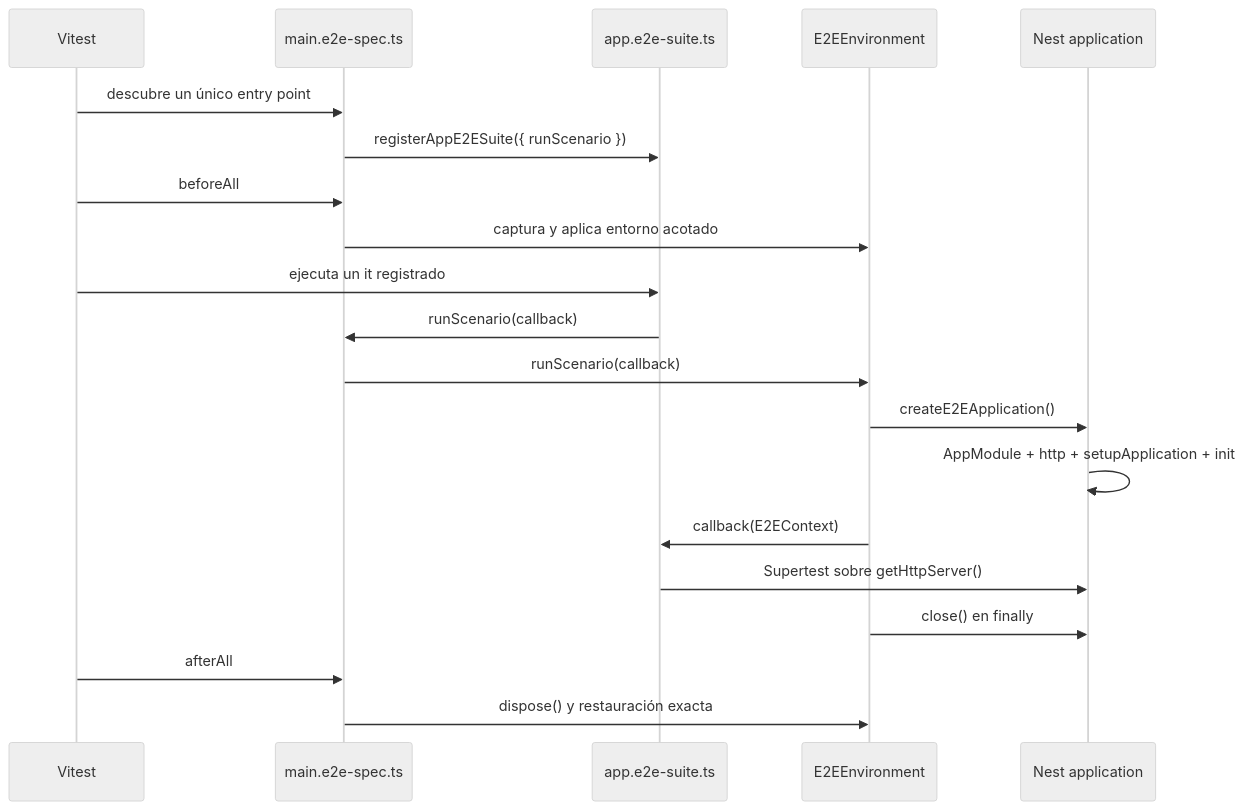
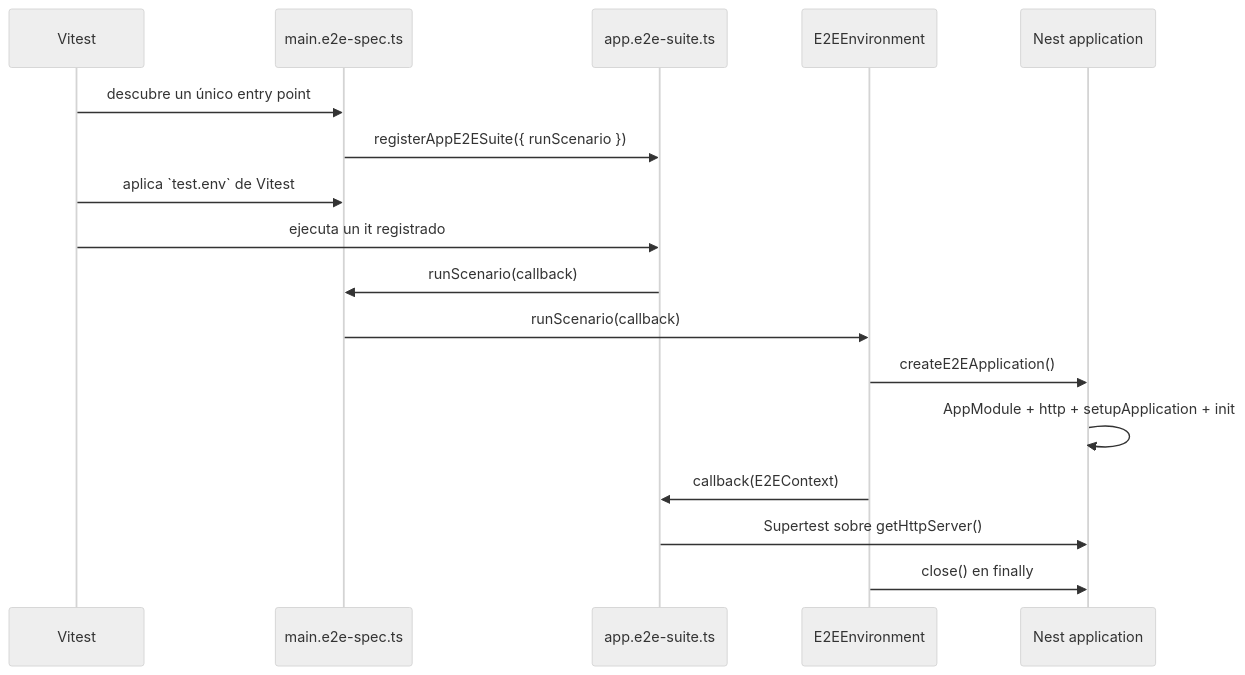
Before and after one commit to AutanaSoft/nestjs-api-boilerplate: the diagram in openspec/changes/establish-e2e-test-foundation/design.md, drawn with Mermaid (neutral theme). The commit also changed other lines of this file and 13 other files, not shown here.

````diff
--- a/openspec/changes/establish-e2e-test-foundation/design.md
+++ b/openspec/changes/establish-e2e-test-foundation/design.md
@@ -192,23 +180,20 @@
 ```mermaid
 sequenceDiagram
   participant V as Vitest
   participant M as main.e2e-spec.ts
   participant S as app.e2e-suite.ts
   participant E as E2EEnvironment
   participant A as Nest application
 
   V->>M: descubre un único entry point
   M->>S: registerAppE2ESuite({ runScenario })
-  V->>M: beforeAll
-  M->>E: captura y aplica entorno acotado
+  V->>M: aplica `test.env` de Vitest
   V->>S: ejecuta un it registrado
   S->>M: runScenario(callback)
   M->>E: runScenario(callback)
   E->>A: createE2EApplication()
   A->>A: AppModule + http + setupApplication + init
   E->>S: callback(E2EContext)
   S->>A: Supertest sobre getHttpServer()
   E->>A: close() en finally
-  V->>M: afterAll
-  M->>E: dispose() y restauración exacta
 ```
````
